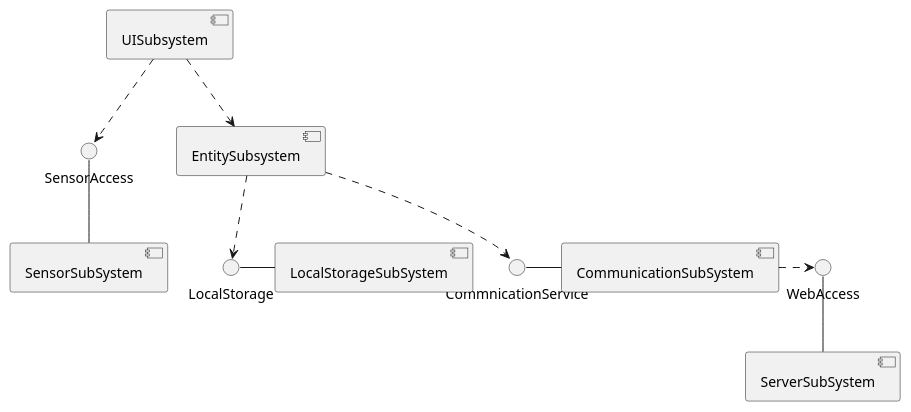
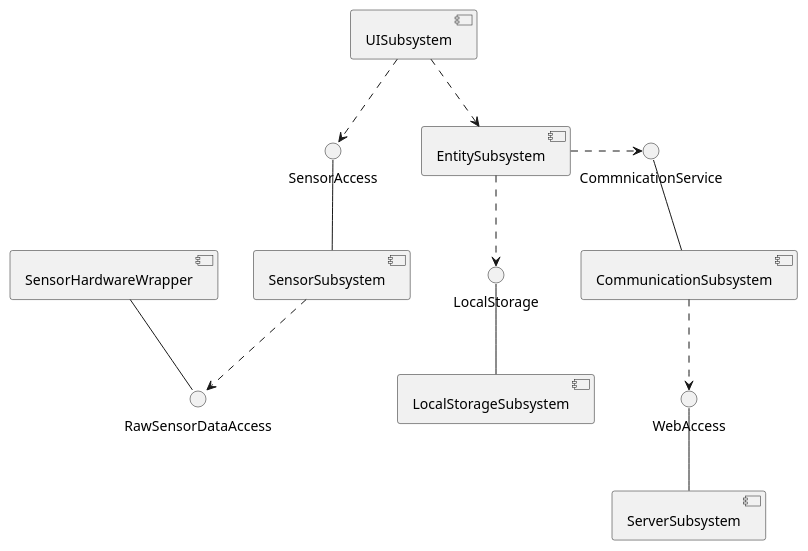
Before and after one commit to kpp19920121/doc: the first of 2 diagrams in 设计/软件架构文档.md, drawn with PlantUML. The commit also changed other lines of this file and 2 other files, not shown here.

Commit message:
Add deployment diagram

````diff
--- a/设计/软件架构文档.md
+++ b/设计/软件架构文档.md
@@ -39,23 +41,26 @@
 ```PlantUML
-@startuml
+@startuml Diagrams/SubsystemDecomposition
 skinparam componentStyle uml2
 
 interface "WebAccess" as WA
 interface "CommnicationService" as CI
 interface "LocalStorage" as LS
 interface "SensorAccess" as SA
+interface "RawSensorDataAccess" as BC
 
-[ServerSubSystem] -up- WA
-[CommunicationSubSystem] -left- CI
-[LocalStorageSubSystem] -left- LS
+[ServerSubsystem] -up- WA
+[CommunicationSubsystem] -up- CI
+[LocalStorageSubsystem] -up- LS
 [EntitySubsystem]
-[SensorSubSystem] -up- SA
+[SensorSubsystem] -up- SA
 [UISubsystem]
 
-[CommunicationSubSystem] .right.> WA
+[CommunicationSubsystem] .down.> WA
 [EntitySubsystem] ..> LS
-[EntitySubsystem] ..> CI
+[EntitySubsystem] .right.> CI
 [UISubsystem] ..> SA
 [UISubsystem] ..> [EntitySubsystem]
+[SensorHardwareWrapper] -down- BC
+[SensorSubsystem] ..> BC
 @enduml
 ```
````
